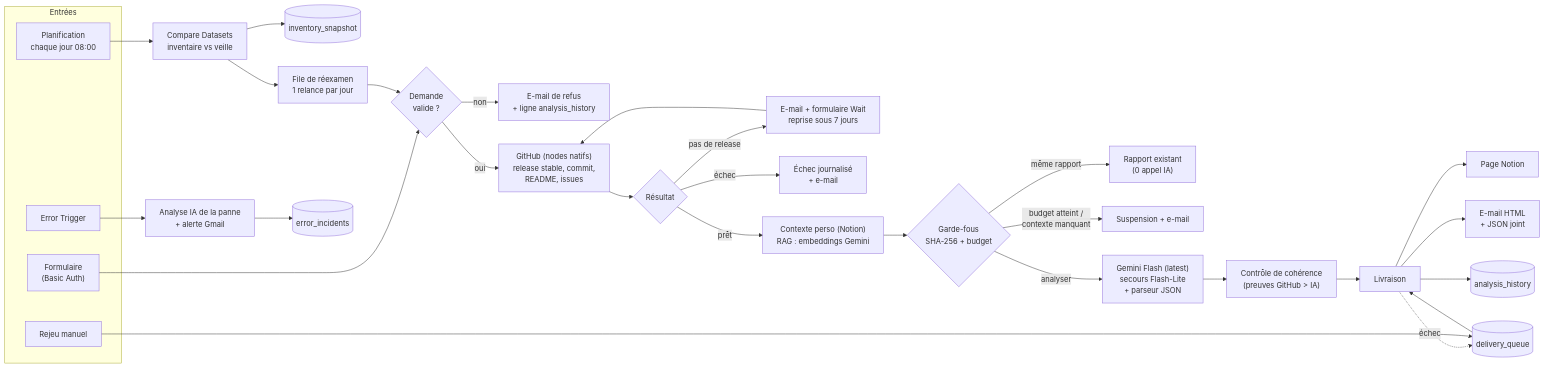
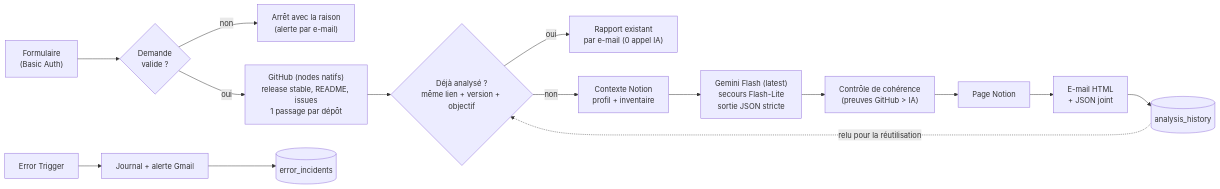
The diagram in n8n_workflow/README.md (Sh0oya/eugenia_n8n), drawn with Mermaid before and after one commit. The commit also changed other lines of this file and 4 other files, not shown here.

````diff
--- a/n8n_workflow/README.md
+++ b/n8n_workflow/README.md
@@ -33,37 +37,18 @@
 ```mermaid
 flowchart LR
-  subgraph IN["Entrées"]
-    F["Formulaire<br/>(Basic Auth)"]
-    S["Planification<br/>chaque jour 08:00"]
-    R["Rejeu manuel"]
-    E["Error Trigger"]
-  end
+  F["Formulaire<br/>(Basic Auth)"] --> V{"Demande<br/>valide ?"}
+  V -- non --> X["Arrêt avec la raison<br/>(alerte par e-mail)"]
+  V -- oui --> G["GitHub (nodes natifs)<br/>release stable, README, issues<br/>1 passage par dépôt"]
+  G --> R{"Déjà analysé ?<br/>même lien + version + objectif"}
+  R -- oui --> RU["Rapport existant<br/>par e-mail (0 appel IA)"]
+  R -- non --> C["Contexte Notion<br/>profil + inventaire"]
+  C --> AI["Gemini Flash (latest)<br/>secours Flash-Lite<br/>sortie JSON stricte"]
+  AI --> VC["Contrôle de cohérence<br/>(preuves GitHub > IA)"]
+  VC --> N["Page Notion"]
+  N --> M["E-mail HTML<br/>+ JSON joint"]
+  M --> H[("analysis_history")]
+  H -. "relu pour la réutilisation" .-> R
 
-  F --> V{"Demande<br/>valide ?"}
-  V -- non --> RF["E-mail de refus<br/>+ ligne analysis_history"]
-  V -- oui --> G["GitHub (nodes natifs)<br/>release stable, commit,<br/>README, issues"]
-  G --> O{"Résultat"}
-  O -- "pas de release" --> W["E-mail + formulaire Wait<br/>reprise sous 7 jours"] --> G
-  O -- "échec" --> FL["Échec journalisé<br/>+ e-mail"]
-  O -- "prêt" --> C["Contexte perso (Notion)<br/>RAG : embeddings Gemini"]
-  C --> GR{"Garde-fous<br/>SHA-256 + budget"}
-  GR -- "même rapport" --> RU["Rapport existant<br/>(0 appel IA)"]
-  GR -- "budget atteint /<br/>contexte manquant" --> SU["Suspension + e-mail"]
-  GR -- "analyser" --> AI["Gemini Flash (latest)<br/>secours Flash-Lite<br/>+ parseur JSON"]
-  AI --> VC["Contrôle de cohérence<br/>(preuves GitHub > IA)"]
-  VC --> D["Livraison"]
-  D --> N["Page Notion"]
-  D --> M["E-mail HTML<br/>+ JSON joint"]
-  D --> H[("analysis_history")]
-  D -. "échec" .-> Q[("delivery_queue")]
-  R --> Q
-  Q --> D
-
-  S --> I["Compare Datasets<br/>inventaire vs veille"]
-  I --> IS[("inventory_snapshot")]
-  I --> RV["File de réexamen<br/>1 relance par jour"]
-  RV --> V
-
-  E --> EA["Analyse IA de la panne<br/>+ alerte Gmail"]
-  EA --> EI[("error_incidents")]
+  E["Error Trigger"] --> EL["Journal + alerte Gmail"]
+  EL --> EI[("error_incidents")]
 ```
````
